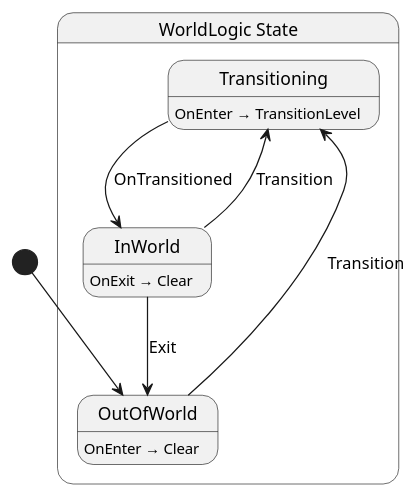
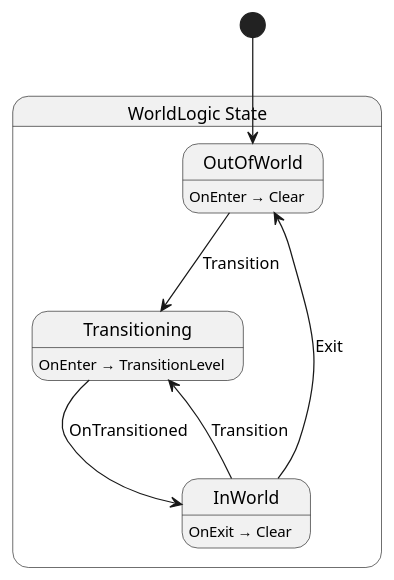
Before and after one commit to nilsiker/yolk: the diagram in Yolk.Logic/World/WorldLogic.g.puml, drawn with PlantUML. The commit also changed other lines of this file and 1653 other files, not shown here.

```diff
--- a/Yolk.Logic/World/WorldLogic.g.puml
+++ b/Yolk.Logic/World/WorldLogic.g.puml
@@ -1,18 +1,18 @@
 @startuml WorldLogic
 state "WorldLogic State" as Yolk_Level_WorldLogic_State {
+  state "OutOfWorld" as Yolk_Level_WorldLogic_State_OutOfWorld
+  state "InWorld" as Yolk_Level_WorldLogic_State_InWorld
   state "Transitioning" as Yolk_Level_WorldLogic_State_Transitioning
-  state "InWorld" as Yolk_Level_WorldLogic_State_InWorld
-  state "OutOfWorld" as Yolk_Level_WorldLogic_State_OutOfWorld
 }
 
 Yolk_Level_WorldLogic_State_InWorld --> Yolk_Level_WorldLogic_State_OutOfWorld : Exit
 Yolk_Level_WorldLogic_State_InWorld --> Yolk_Level_WorldLogic_State_Transitioning : Transition
 Yolk_Level_WorldLogic_State_OutOfWorld --> Yolk_Level_WorldLogic_State_Transitioning : Transition
 Yolk_Level_WorldLogic_State_Transitioning --> Yolk_Level_WorldLogic_State_InWorld : OnTransitioned
 
 Yolk_Level_WorldLogic_State_InWorld : OnExit → Clear
 Yolk_Level_WorldLogic_State_OutOfWorld : OnEnter → Clear
 Yolk_Level_WorldLogic_State_Transitioning : OnEnter → TransitionLevel
 
 [*] --> Yolk_Level_WorldLogic_State_OutOfWorld
 @enduml
```
